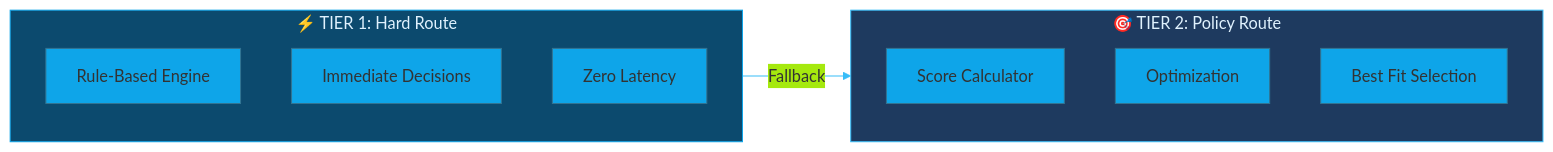
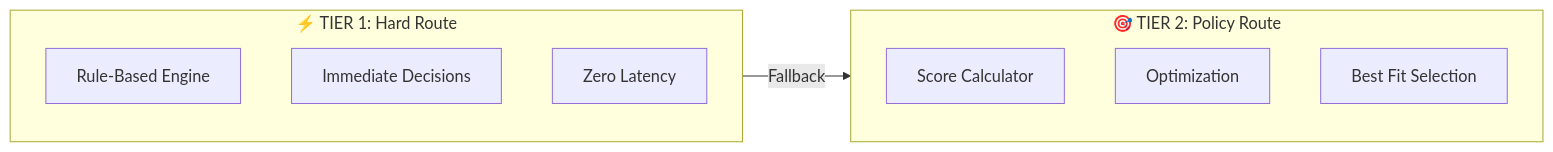
The second of 3 diagrams in README.md (adityasasidhar/Llm_router), drawn with Mermaid before and after one commit. The commit also changed other lines of this file, not shown here.

Commit message:
Fix mermaid diagram syntax

````diff
--- a/README.md
+++ b/README.md
@@ -116,20 +120,16 @@
 ```mermaid
-%%{init: {'theme': 'base', 'themeVariables': { 'primaryColor': '#0ea5e9', 'lineColor': '#38bdf8'}}}%%
-graph LR
+flowchart LR
     subgraph T1["⚡ TIER 1: Hard Route"]
         A["Rule-Based Engine"]
         B["Immediate Decisions"]
         C["Zero Latency"]
     end
     
     subgraph T2["🎯 TIER 2: Policy Route"]
         D["Score Calculator"]
         E["Optimization"]
         F["Best Fit Selection"]
     end
     
-    T1 -->|Fallback| T2
-    
-    style T1 fill:#0c4a6e,stroke:#0ea5e9,color:#e0f2fe
-    style T2 fill:#1e3a5f,stroke:#38bdf8,color:#e0f2fe
+    T1 -->|"Fallback"| T2
 ```
````
